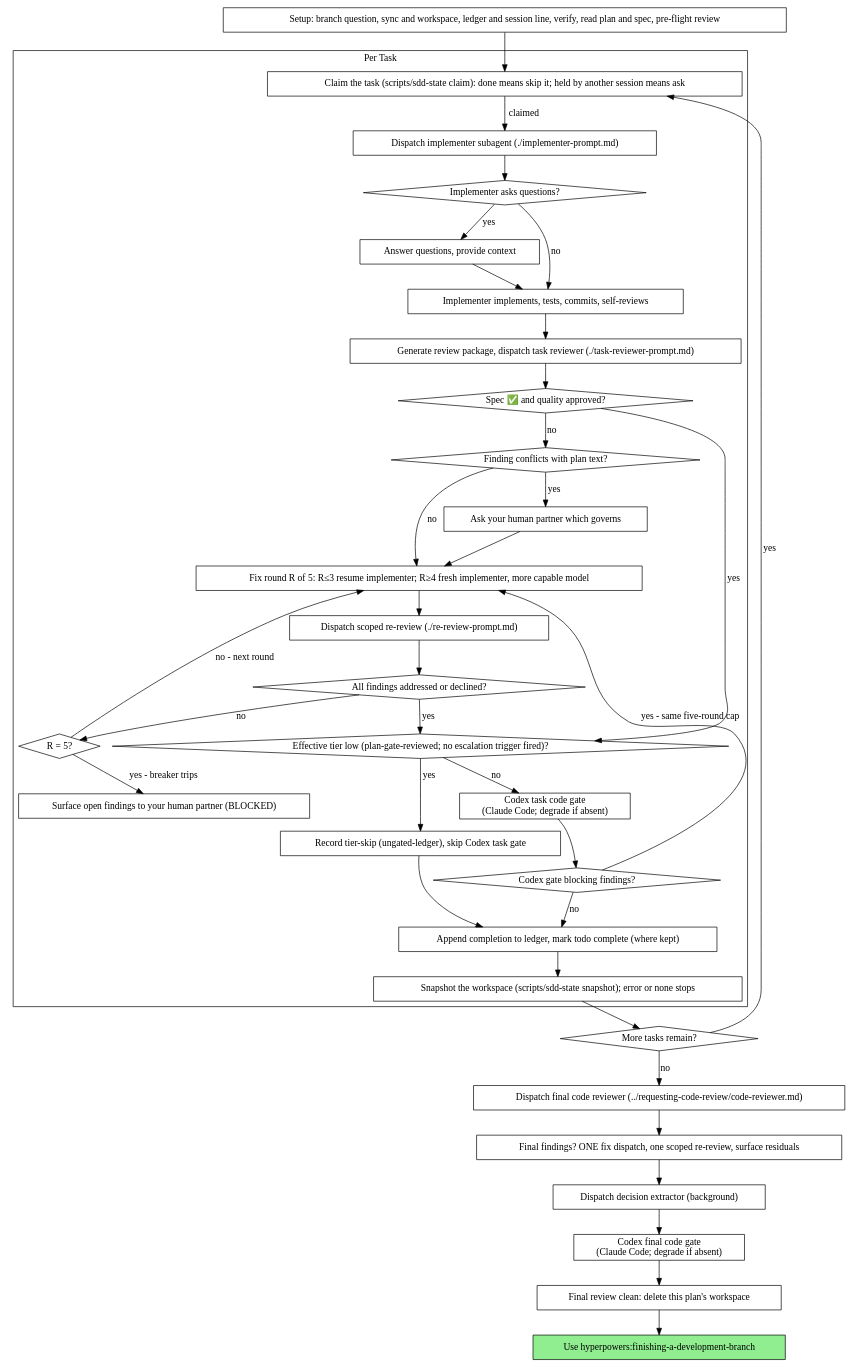
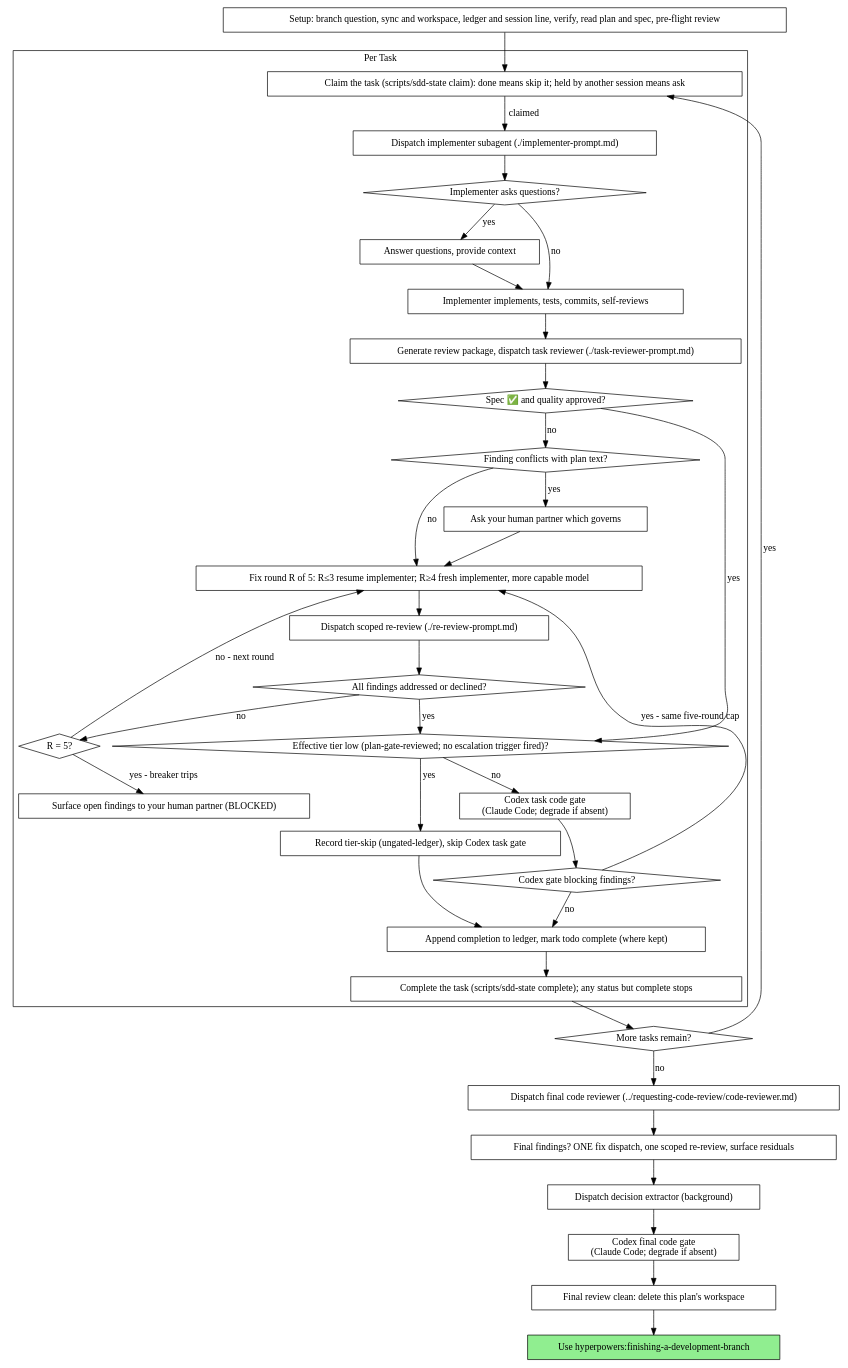
The second of 2 diagrams in skills/subagent-driven-development/SKILL.md (scott-arne/hyperpowers), drawn with Graphviz before and after one commit. The commit also changed other lines of this file and 3 other files, not shown here.

Commit message:
feat(sdd): the skill names the stop guard, the completion helper and tracked-job

````diff
--- a/skills/subagent-driven-development/SKILL.md
+++ b/skills/subagent-driven-development/SKILL.md
@@ -51,73 +51,73 @@
 ```dot
 digraph process {
     rankdir=TB;
 
     subgraph cluster_per_task {
         label="Per Task";
         "Claim the task (scripts/sdd-state claim): done means skip it; held by another session means ask" [shape=box];
         "Dispatch implementer subagent (./implementer-prompt.md)" [shape=box];
         "Implementer asks questions?" [shape=diamond];
         "Answer questions, provide context" [shape=box];
         "Implementer implements, tests, commits, self-reviews" [shape=box];
         "Generate review package, dispatch task reviewer (./task-reviewer-prompt.md)" [shape=box];
         "Spec ✅ and quality approved?" [shape=diamond];
         "Finding conflicts with plan text?" [shape=diamond];
         "Ask your human partner which governs" [shape=box];
         "Fix round R of 5: R≤3 resume implementer; R≥4 fresh implementer, more capable model" [shape=box];
         "Dispatch scoped re-review (./re-review-prompt.md)" [shape=box];
         "All findings addressed or declined?" [shape=diamond];
         "R = 5?" [shape=diamond];
         "Surface open findings to your human partner (BLOCKED)" [shape=box];
         "Effective tier low (plan-gate-reviewed; no escalation trigger fired)?" [shape=diamond];
         "Record tier-skip (ungated-ledger), skip Codex task gate" [shape=box];
         "Codex task code gate\n(Claude Code; degrade if absent)" [shape=box];
         "Codex gate blocking findings?" [shape=diamond];
         "Append completion to ledger, mark todo complete (where kept)" [shape=box];
-        "Snapshot the workspace (scripts/sdd-state snapshot); error or none stops" [shape=box];
+        "Complete the task (scripts/sdd-state complete); any status but complete stops" [shape=box];
     }
 
     "Setup: branch question, sync and workspace, ledger and session line, verify, read plan and spec, pre-flight review" [shape=box];
     "More tasks remain?" [shape=diamond];
     "Dispatch final code reviewer (../requesting-code-review/code-reviewer.md)" [shape=box];
     "Final findings? ONE fix dispatch, one scoped re-review, surface residuals" [shape=box];
     "Dispatch decision extractor (background)" [shape=box];
     "Codex final code gate\n(Claude Code; degrade if absent)" [shape=box];
     "Final review clean: delete this plan's workspace" [shape=box];
     "Use hyperpowers:finishing-a-development-branch" [shape=box style=filled fillcolor=lightgreen];
 
     "Setup: branch question, sync and workspace, ledger and session line, verify, read plan and spec, pre-flight review" -> "Claim the task (scripts/sdd-state claim): done means skip it; held by another session means ask";
     "Claim the task (scripts/sdd-state claim): done means skip it; held by another session means ask" -> "Dispatch implementer subagent (./implementer-prompt.md)" [label="claimed"];
     "Dispatch implementer subagent (./implementer-prompt.md)" -> "Implementer asks questions?";
     "Implementer asks questions?" -> "Answer questions, provide context" [label="yes"];
     "Answer questions, provide context" -> "Implementer implements, tests, commits, self-reviews";
     "Implementer asks questions?" -> "Implementer implements, tests, commits, self-reviews" [label="no"];
     "Implementer implements, tests, commits, self-reviews" -> "Generate review package, dispatch task reviewer (./task-reviewer-prompt.md)";
     "Generate review package, dispatch task reviewer (./task-reviewer-prompt.md)" -> "Spec ✅ and quality approved?";
     "Spec ✅ and quality approved?" -> "Effective tier low (plan-gate-reviewed; no escalation trigger fired)?" [label="yes"];
     "Spec ✅ and quality approved?" -> "Finding conflicts with plan text?" [label="no"];
     "Finding conflicts with plan text?" -> "Ask your human partner which governs" [label="yes"];
     "Ask your human partner which governs" -> "Fix round R of 5: R≤3 resume implementer; R≥4 fresh implementer, more capable model";
     "Finding conflicts with plan text?" -> "Fix round R of 5: R≤3 resume implementer; R≥4 fresh implementer, more capable model" [label="no"];
     "Fix round R of 5: R≤3 resume implementer; R≥4 fresh implementer, more capable model" -> "Dispatch scoped re-review (./re-review-prompt.md)";
     "Dispatch scoped re-review (./re-review-prompt.md)" -> "All findings addressed or declined?";
     "All findings addressed or declined?" -> "Effective tier low (plan-gate-reviewed; no escalation trigger fired)?" [label="yes"];
     "All findings addressed or declined?" -> "R = 5?" [label="no"];
     "R = 5?" -> "Fix round R of 5: R≤3 resume implementer; R≥4 fresh implementer, more capable model" [label="no - next round"];
     "R = 5?" -> "Surface open findings to your human partner (BLOCKED)" [label="yes - breaker trips"];
     "Effective tier low (plan-gate-reviewed; no escalation trigger fired)?" -> "Record tier-skip (ungated-ledger), skip Codex task gate" [label="yes"];
     "Record tier-skip (ungated-ledger), skip Codex task gate" -> "Append completion to ledger, mark todo complete (where kept)";
     "Effective tier low (plan-gate-reviewed; no escalation trigger fired)?" -> "Codex task code gate\n(Claude Code; degrade if absent)" [label="no"];
     "Codex task code gate\n(Claude Code; degrade if absent)" -> "Codex gate blocking findings?";
     "Codex gate blocking findings?" -> "Fix round R of 5: R≤3 resume implementer; R≥4 fresh implementer, more capable model" [label="yes - same five-round cap"];
     "Codex gate blocking findings?" -> "Append completion to ledger, mark todo complete (where kept)" [label="no"];
-    "Append completion to ledger, mark todo complete (where kept)" -> "Snapshot the workspace (scripts/sdd-state snapshot); error or none stops";
-    "Snapshot the workspace (scripts/sdd-state snapshot); error or none stops" -> "More tasks remain?";
+    "Append completion to ledger, mark todo complete (where kept)" -> "Complete the task (scripts/sdd-state complete); any status but complete stops";
+    "Complete the task (scripts/sdd-state complete); any status but complete stops" -> "More tasks remain?";
     "More tasks remain?" -> "Claim the task (scripts/sdd-state claim): done means skip it; held by another session means ask" [label="yes"];
     "More tasks remain?" -> "Dispatch final code reviewer (../requesting-code-review/code-reviewer.md)" [label="no"];
     "Dispatch final code reviewer (../requesting-code-review/code-reviewer.md)" -> "Final findings? ONE fix dispatch, one scoped re-review, surface residuals";
     "Final findings? ONE fix dispatch, one scoped re-review, surface residuals" -> "Dispatch decision extractor (background)";
     "Dispatch decision extractor (background)" -> "Codex final code gate\n(Claude Code; degrade if absent)";
     "Codex final code gate\n(Claude Code; degrade if absent)" -> "Final review clean: delete this plan's workspace";
     "Final review clean: delete this plan's workspace" -> "Use hyperpowers:finishing-a-development-branch";
 }
 ```
````
